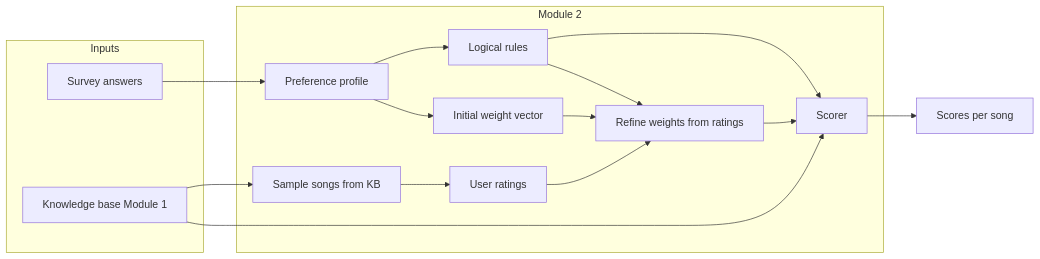
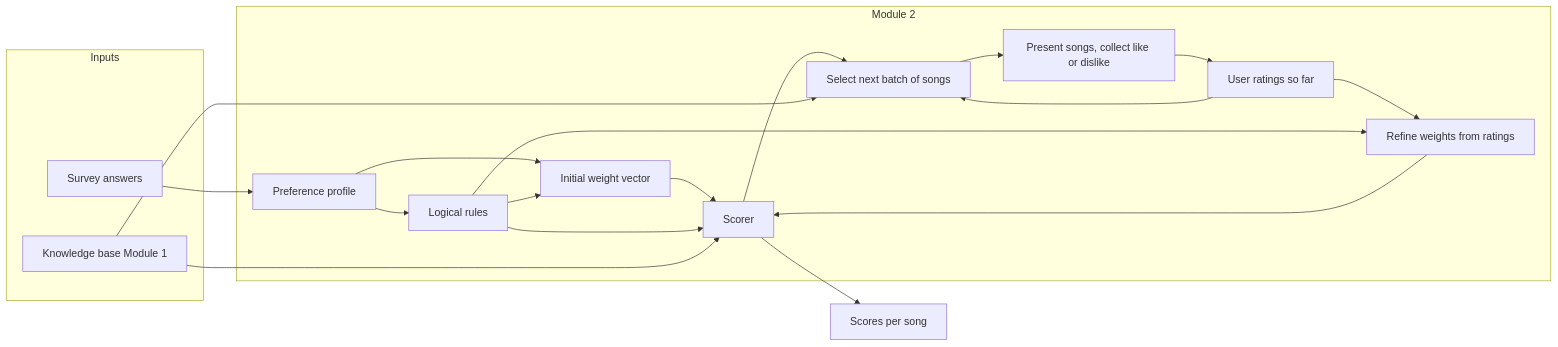
One commit to Alvin-Furman-CS-Classroom/project-2-ai-system-badgett-sledge-ftw changed the diagram in MODULE2_PLAN.md. Above: the diagram before and after it, drawn with Mermaid. The commit also changed other lines of this file, not shown here.

````diff
--- a/MODULE2_PLAN.md
+++ b/MODULE2_PLAN.md
@@ -90,28 +101,33 @@
 ```mermaid
 flowchart LR
   subgraph inputs [Inputs]
     Survey[Survey answers]
     KB[Knowledge base Module 1]
   end
   subgraph module2 [Module 2]
     Profile[Preference profile]
     Rules[Logical rules]
     InitialWeights[Initial weight vector]
-    Sample[Sample songs from KB]
-    Ratings[User ratings]
+    Scorer[Scorer]
+    SelectBatch[Select next batch of songs]
+    PresentRate[Present songs, collect like or dislike]
     RefineWeights[Refine weights from ratings]
-    Scorer[Scorer]
+    Ratings[User ratings so far]
   end
   Survey --> Profile
   Profile --> Rules
   Profile --> InitialWeights
-  KB --> Sample
-  Sample --> Ratings
+  Rules --> InitialWeights
+  InitialWeights --> Scorer
+  Rules --> Scorer
+  KB --> Scorer
+  Scorer --> SelectBatch
+  KB --> SelectBatch
+  Ratings --> SelectBatch
+  SelectBatch --> PresentRate
+  PresentRate --> Ratings
+  Ratings --> RefineWeights
   Rules --> RefineWeights
-  InitialWeights --> RefineWeights
-  Ratings --> RefineWeights
-  Rules --> Scorer
   RefineWeights --> Scorer
-  KB --> Scorer
   Scorer --> Scores["Scores per song"]
 ```
````
